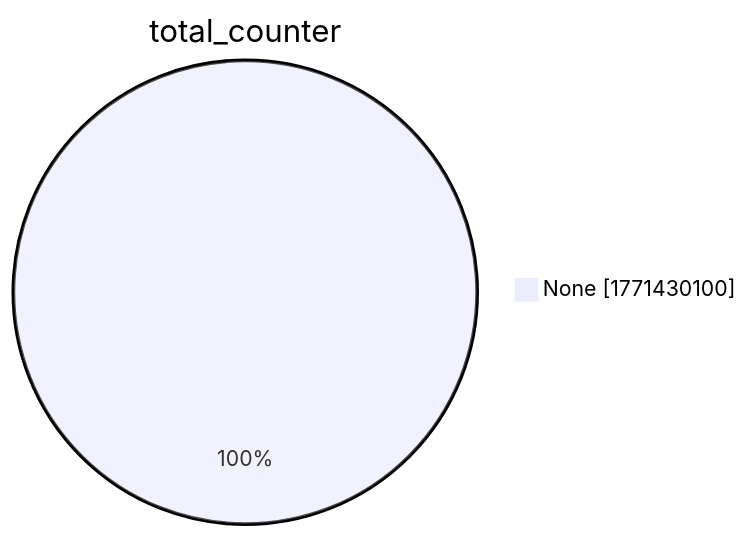
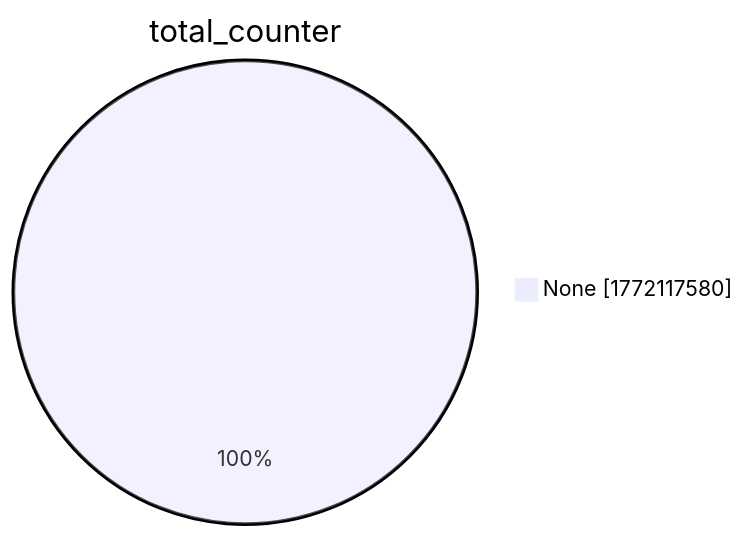
Before and after one commit to christiankrug/ctmonitor_visualization: the second of 15 diagrams in xenon2022/README.md, drawn with Mermaid. The commit also changed other lines of this file, not shown here.

````diff
--- a/xenon2022/README.md
+++ b/xenon2022/README.md
@@ -9,5 +9,5 @@
 ```mermaid
 pie showData
 title total_counter
-"None" :1771430100
+"None" :1772117580
 ```
````
